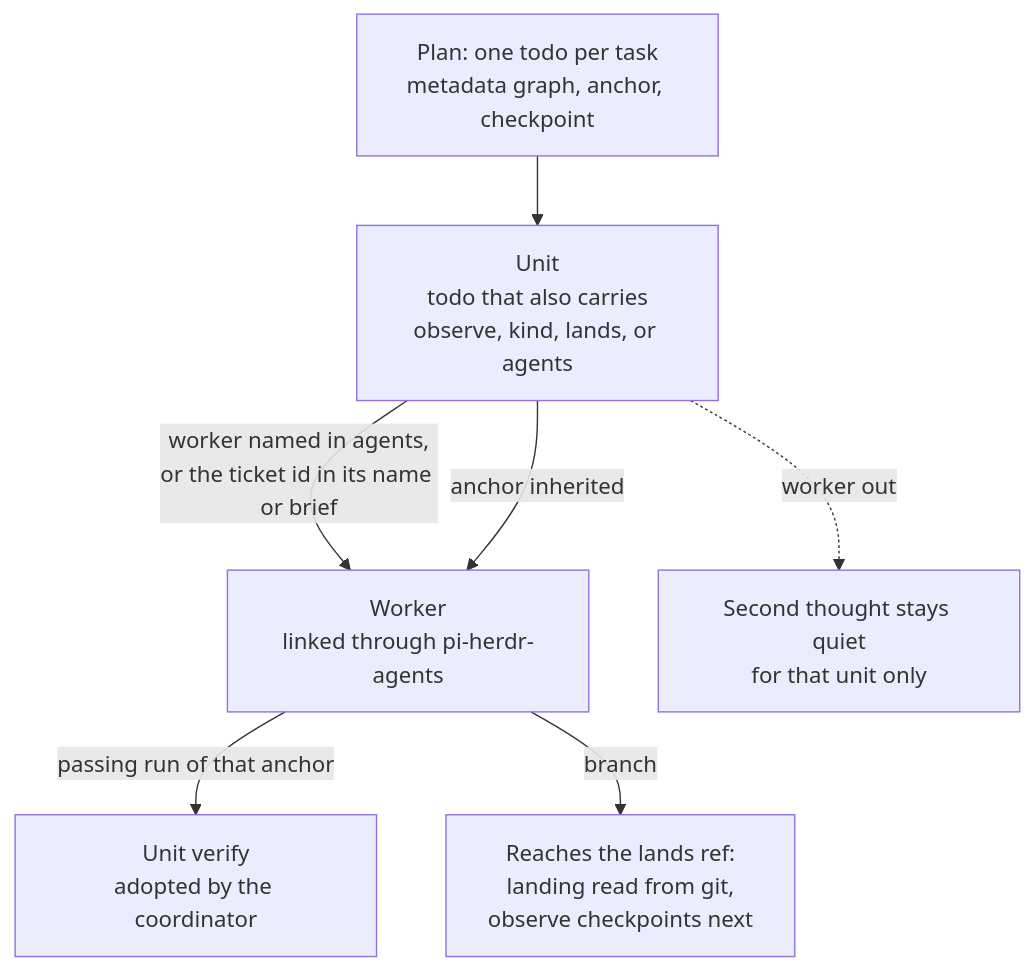
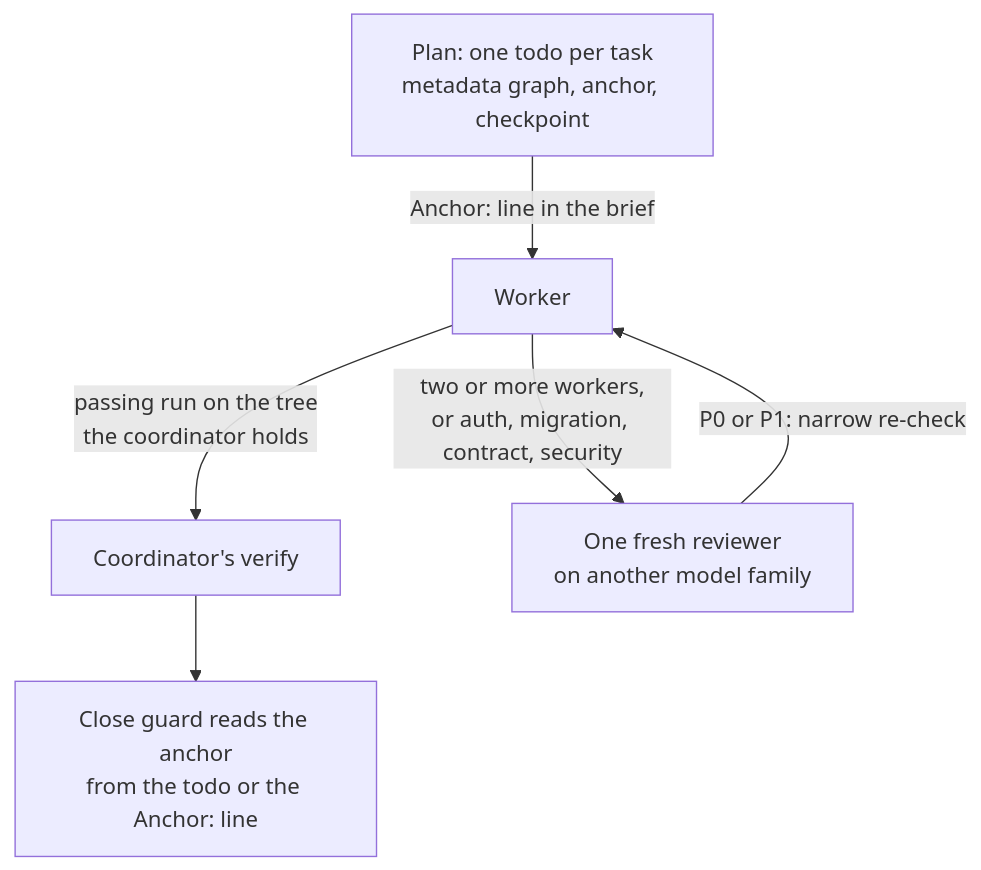
One commit to wayne930242/anchorloop changed the first of 2 diagrams in site/src/content/docs/guide/with-straw-boss.md. Above: the diagram before and after it, drawn with Mermaid. The commit also changed other lines of this file and 250 other files, not shown here.

````diff
--- a/site/src/content/docs/guide/with-straw-boss.md
+++ b/site/src/content/docs/guide/with-straw-boss.md
@@ -40,9 +39,8 @@
 ```mermaid
 flowchart TD
-  plan["Plan: one todo per task<br/>metadata graph, anchor, checkpoint"] --> unit["Unit<br/>todo that also carries<br/>observe, kind, lands, or agents"]
-  unit -->|"worker named in agents,<br/>or the ticket id in its name or brief"| worker["Worker<br/>linked through pi-herdr-agents"]
-  unit -->|"anchor inherited"| worker
-  worker -->|"passing run of that anchor"| verify["Unit verify<br/>adopted by the coordinator"]
-  unit -.->|"worker out"| quiet["Second thought stays quiet<br/>for that unit only"]
-  worker -->|"branch"| land["Reaches the lands ref:<br/>landing read from git,<br/>observe checkpoints next"]
+  plan["Plan: one todo per task<br/>metadata graph, anchor, checkpoint"] -->|"Anchor: line in the brief"| worker["Worker"]
+  worker -->|"passing run on the tree<br/>the coordinator holds"| verify["Coordinator's verify"]
+  worker -->|"two or more workers,<br/>or auth, migration, contract, security"| review["One fresh reviewer<br/>on another model family"]
+  review -->|"P0 or P1: narrow re-check"| worker
+  verify --> guard["Close guard reads the anchor<br/>from the todo or the Anchor: line"]
 ```
````
